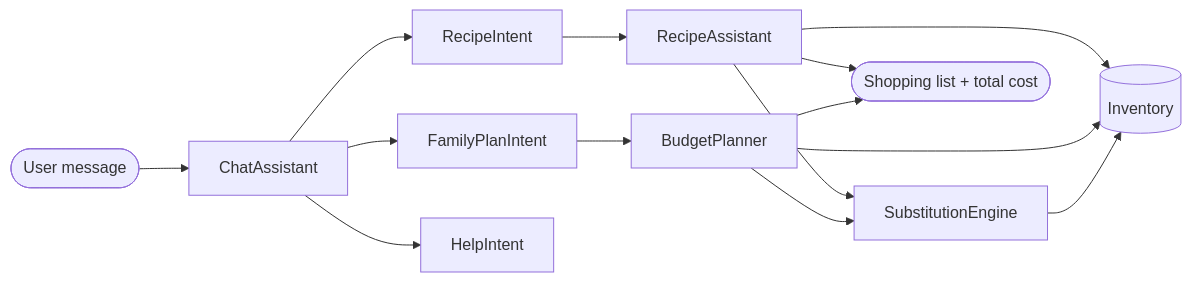
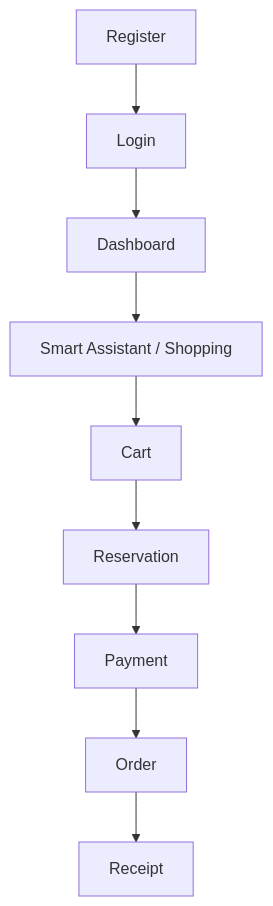
One commit to jobayerhassan/Smart-Store changed the first of 5 diagrams in README.md. Above: the diagram before and after it, drawn with Mermaid. The commit also changed other lines of this file, not shown here.

First line of the commit message:
Add complete Smart Store project documentation

````diff
--- a/README.md
+++ b/README.md
@@ -79,16 +375,11 @@
 ```mermaid
-flowchart LR
-    U([User message]) --> C[ChatAssistant]
-    C --> R[RecipeIntent]
-    C --> F[FamilyPlanIntent]
-    C --> H[HelpIntent]
-    R --> RA[RecipeAssistant]
-    F --> BP[BudgetPlanner]
-    RA --> S[SubstitutionEngine]
-    BP --> S
-    RA --> INV[(Inventory)]
-    BP --> INV
-    S --> INV
-    RA --> OUT([Shopping list + total cost])
-    BP --> OUT
+flowchart TD
+    A[Register] --> B[Login]
+    B --> C[Dashboard]
+    C --> D[Smart Assistant / Shopping]
+    D --> E[Cart]
+    E --> F[Reservation]
+    F --> G[Payment]
+    G --> H[Order]
+    H --> I[Receipt]
 ```
````
